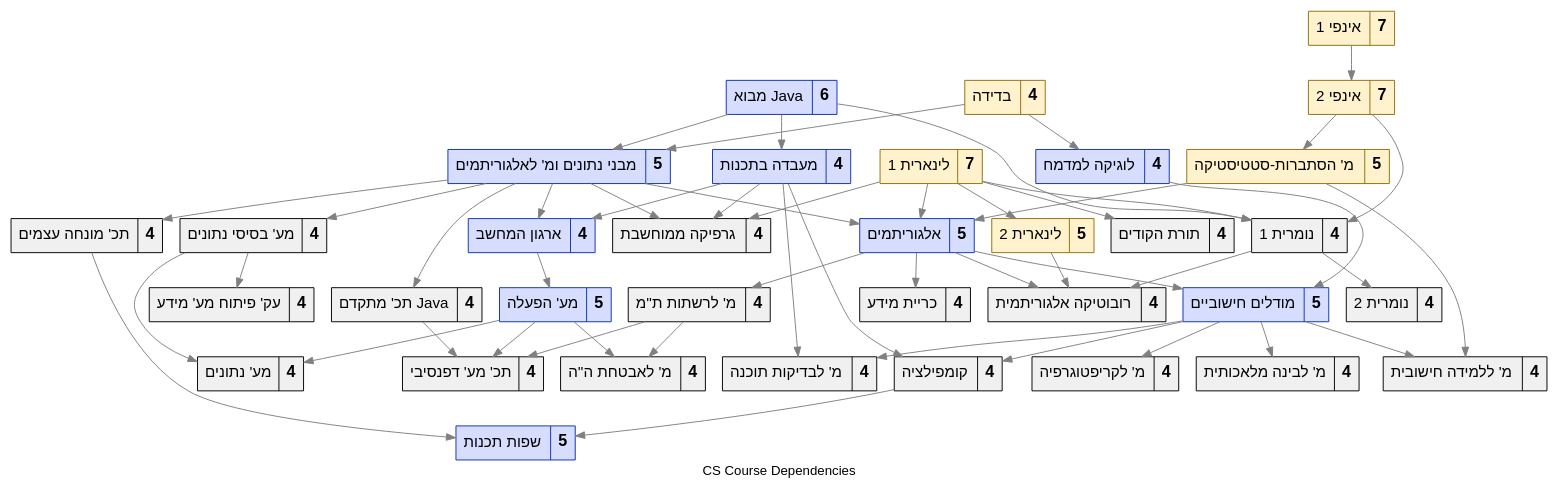
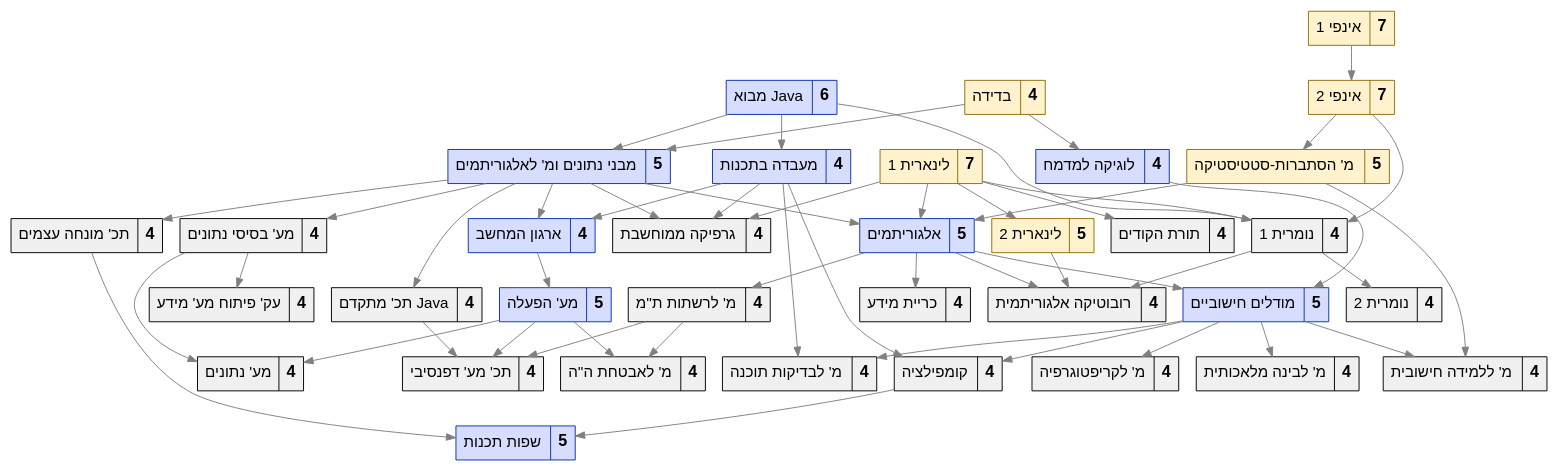
The diagram in diagram.dot (adielBm/cs-course-dependencies), drawn with Graphviz before and after one commit. The commit also changed 2 other files, not shown here.

```diff
--- a/diagram.dot
+++ b/diagram.dot
@@ -1,101 +1,97 @@
 digraph CS_Course_Dependencies {
     rankdir=TD;
-   label="CS Course Dependencies";
-   fontname="Arial";
-   tooltip=" " ;
-   URL="https://github.com/adielbm/CS-Course-Dependencies" ;
     node [shape=box, style="filled",fontname="Arial" , fontsize=16];
     edge [color="gray", penwidth=1];
 
     // Math courses
     node [fillcolor="#FFF2CC", color="#916f0c", shape=record];
     "20476" [tooltip="20476" label=<בדידה| <font POINT-SIZE="17"><b>4</b></font>>, URL="https://www.openu.ac.il/courses/20476.htm"];
     "20474" [tooltip="20474" label=<אינפי 1| <font POINT-SIZE="17"><b>7</b></font>>, URL="https://www.openu.ac.il/courses/20474.htm"];
     "20475" [tooltip="20475" label=<אינפי 2| <font POINT-SIZE="17"><b>7</b></font>>, URL="https://www.openu.ac.il/courses/20475.htm"];
     "20109" [tooltip="20109" label=<לינארית 1| <font POINT-SIZE="17"><b>7</b></font>>, URL="https://www.openu.ac.il/courses/20109.htm"];
     "20229" [tooltip="20229" label=<לינארית 2| <font POINT-SIZE="17"><b>5</b></font>>, URL="https://www.openu.ac.il/courses/20229.htm"];
     "20425" [tooltip="20425" label=<מ' הסתברות-סטטיסטיקה| <font POINT-SIZE="17"><b>5</b></font>>, URL="https://www.openu.ac.il/courses/20425.htm"];
 
     // Cs courses
     node [fillcolor="#d6ddff", color="#0D32B2", shape=record];
     "20407" [tooltip="20407" label=<מבני נתונים ומ' לאלגוריתמים| <font POINT-SIZE="17"><b>5</b></font>>, URL="https://www.openu.ac.il/courses/20407.htm"];
     "20905" [tooltip="20905" label=<שפות תכנות| <font POINT-SIZE="17"><b>5</b></font>>, URL="https://www.openu.ac.il/courses/20905.htm"];
     "20471" [tooltip="20471" label=<ארגון המחשב| <font POINT-SIZE="17"><b>4</b></font>>, URL="https://www.openu.ac.il/courses/20471.htm"];
     "20441" [tooltip="20441" label=<מבוא Java| <font POINT-SIZE="17"><b>6</b></font>>, URL="https://www.openu.ac.il/courses/20441.htm"];
     "20465" [tooltip="20465" label=<מעבדה בתכנות| <font POINT-SIZE="17"><b>4</b></font>>, URL="https://www.openu.ac.il/courses/20465.htm"];
     "20417" [tooltip="20417" label=<אלגוריתמים| <font POINT-SIZE="17"><b>5</b></font>>, URL="https://www.openu.ac.il/courses/20417.htm"];
     "20604" [tooltip="20604" label=<מודלים חישוביים| <font POINT-SIZE="17"><b>5</b></font>>, URL="https://www.openu.ac.il/courses/20604.htm"];
     "20466" [tooltip="20466" label=<לוגיקה למדמח| <font POINT-SIZE="17"><b>4</b></font>>, URL="https://www.openu.ac.il/courses/20466.htm"];
     "20594" [tooltip="20594" label=<מע' הפעלה| <font POINT-SIZE="17"><b>5</b></font>>, URL="https://www.openu.ac.il/courses/20594.htm"];
 
     // Elective courses
     node [fillcolor="#f0f0f0", color="black", shape=record];
     "20940" [tooltip="20940" label=<מ' לאבטחת ה''ה| <font POINT-SIZE="17"><b>4</b></font>>, URL="https://www.openu.ac.il/courses/20940.htm"];
     "20595" [tooltip="20595" label=<כריית מידע| <font POINT-SIZE="17"><b>4</b></font>>, URL="https://www.openu.ac.il/courses/20595.htm"];
     "20946" [tooltip="20946" label=<מ' לבדיקות תוכנה| <font POINT-SIZE="17"><b>4</b></font>>, URL="https://www.openu.ac.il/courses/20946.htm"];
     "20296" [tooltip="20296" label=<תורת הקודים| <font POINT-SIZE="17"><b>4</b></font>>, URL="https://www.openu.ac.il/courses/20296.htm"];
     "20551" [tooltip="20551" label=<מ' לבינה מלאכותית| <font POINT-SIZE="17"><b>4</b></font>>, URL="https://www.openu.ac.il/courses/20551.htm"];
     "20942" [tooltip="20942" label=<מ' ללמידה חישובית| <font POINT-SIZE="17"><b>4</b></font>>, URL="https://www.openu.ac.il/courses/20942.htm"];
     "20277" [tooltip="20277" label=<מע' בסיסי נתונים| <font POINT-SIZE="17"><b>4</b></font>>, URL="https://www.openu.ac.il/courses/20277.htm"];
     "20582" [tooltip="20582" label=<מ' לרשתות ת''מ| <font POINT-SIZE="17"><b>4</b></font>>, URL="https://www.openu.ac.il/courses/20582.htm"];
     "20944" [tooltip="20944" label=<רובוטיקה אלגוריתמית| <font POINT-SIZE="17"><b>4</b></font>>, URL="https://www.openu.ac.il/courses/20944.htm"];
     "20554" [tooltip="20554" label=<תכ' מתקדם Java| <font POINT-SIZE="17"><b>4</b></font>>, URL="https://www.openu.ac.il/courses/20554.htm"];
     "20462" [tooltip="20462" label=<נומרית 1| <font POINT-SIZE="17"><b>4</b></font>>, URL="https://www.openu.ac.il/courses/20462.htm"];
     "20900" [tooltip="20900" label=<נומרית 2| <font POINT-SIZE="17"><b>4</b></font>>, URL="https://www.openu.ac.il/courses/20900.htm"];
     "20937" [tooltip="20937" label=<תכ' מע' דפנסיבי| <font POINT-SIZE="17"><b>4</b></font>>, URL="https://www.openu.ac.il/courses/20937.htm"];
     "20562" [tooltip="20562" label=<גרפיקה ממוחשבת| <font POINT-SIZE="17"><b>4</b></font>>, URL="https://www.openu.ac.il/courses/20562.htm"];
     "20580" [tooltip="20580" label=<מ' לקריפטוגרפיה| <font POINT-SIZE="17"><b>4</b></font>>, URL="https://www.openu.ac.il/courses/20580.htm"];
     "20436" [tooltip="20436" label=<עק' פיתוח מע' מידע| <font POINT-SIZE="17"><b>4</b></font>>, URL="https://www.openu.ac.il/courses/20436.htm"];
     "20906" [tooltip="20906" label=<תכ' מונחה עצמים| <font POINT-SIZE="17"><b>4</b></font>>, URL="https://www.openu.ac.il/courses/20906.htm"];
     "20364" [tooltip="20364" label=<קומפילציה| <font POINT-SIZE="17"><b>4</b></font>>, URL="https://www.openu.ac.il/courses/20364.htm"];
     "20574" [tooltip="20574" label=<מע' נתונים| <font POINT-SIZE="17"><b>4</b></font>>, URL="https://www.openu.ac.il/courses/20574.htm"];
     "20441" -> "20407";
     "20465" -> "20471";
     "20441" -> "20465";
     "20594" -> "20940";
     "20474" -> "20475";
     "20475" -> "20425";
     "20466" -> "20604";
     "20476" -> "20466";
     "20407" -> "20277";
     "20604" -> "20942";
     "20471" -> "20594";
     "20109" -> "20296";
     "20109" -> "20229";
     "20425" -> "20417";
     "20109" -> "20417";
     "20407" -> "20417";
     "20417" -> "20604";
     "20417" -> "20595";
     "20582" -> "20940";
     "20604" -> "20551";
     "20417" -> "20582";
     "20476" -> "20407";
     "20465" -> "20946";
     "20465" -> "20364";
     "20407" -> "20471";
     "20604" -> "20946";
     "20417" -> "20944";
     "20277" -> "20436";
     "20594" -> "20574";
     "20441" -> "20462";
     "20475" -> "20462";
     "20109" -> "20462";
     "20407" -> "20554";
     "20594" -> "20937";
     "20582" -> "20937";
     "20109" -> "20562";
     "20465" -> "20562";
     "20407" -> "20562";
     "20604" -> "20580";
     "20554" -> "20937";
     "20407" -> "20906";
     "20604" -> "20364";
     "20277" -> "20574";
     "20425" -> "20942";
     "20462" -> "20900";
     "20462" -> "20944";
     "20906" -> "20905";
     "20364" -> "20905";
     "20229" -> "20944";
 }
```
